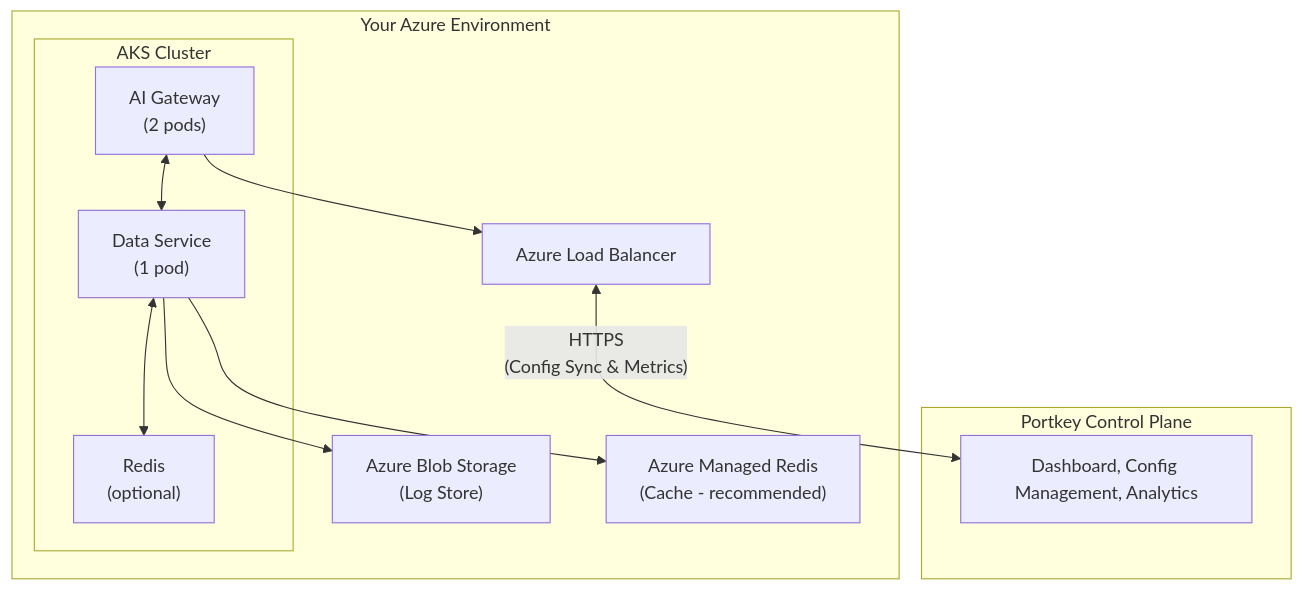
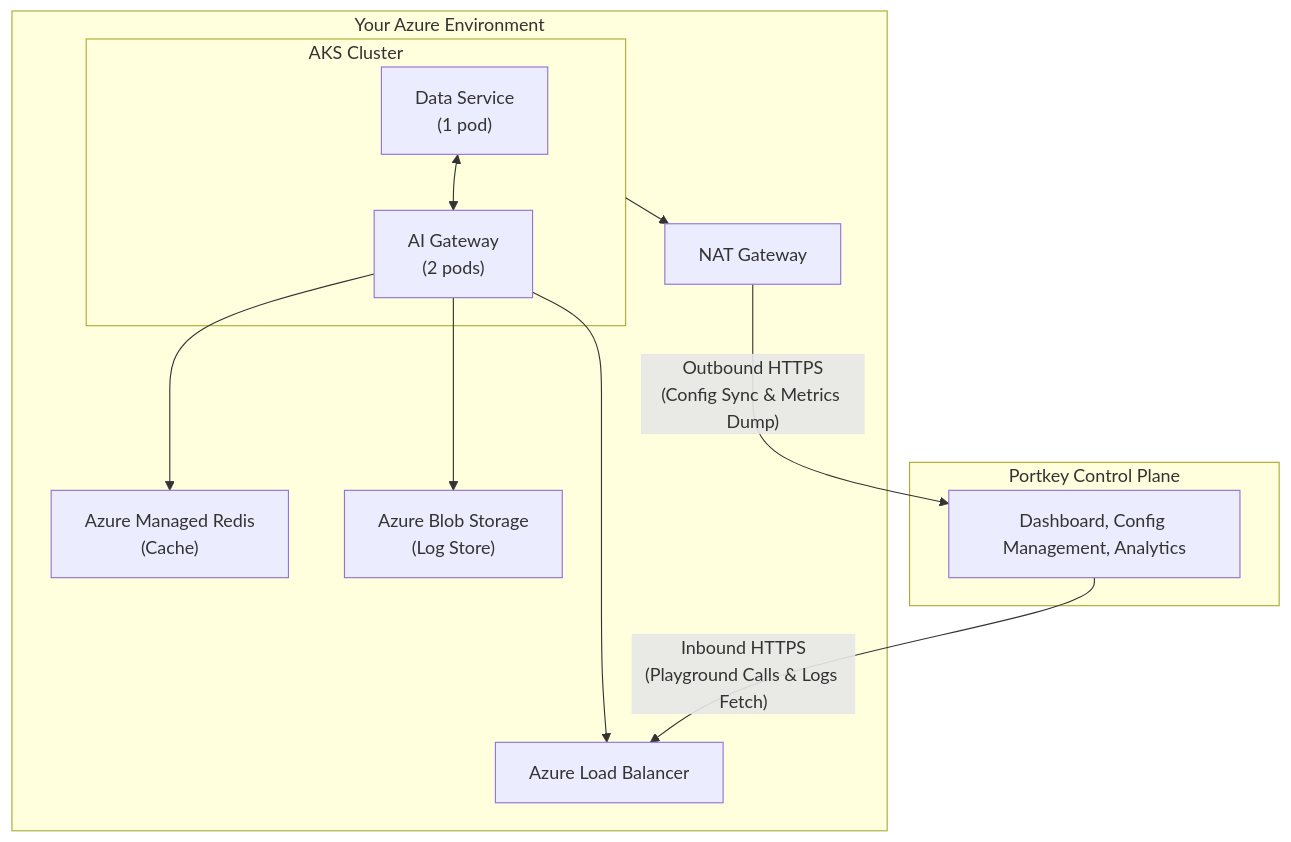
One commit to Portkey-AI/docs-core changed the first of 2 diagrams in enterprise/azure-deployment.mdx. Above: the diagram before and after it, drawn with Mermaid. The commit also changed other lines of this file and 1 other file, not shown here.

````diff
--- a/enterprise/azure-deployment.mdx
+++ b/enterprise/azure-deployment.mdx
@@ -23,26 +23,27 @@
 ```mermaid
 flowchart TB
     subgraph Azure["Your Azure Environment"]
         subgraph AKS["AKS Cluster"]
+            DataSvc["Data Service<br/>(1 pod)"]
             Gateway["AI Gateway<br/>(2 pods)"]
-            DataSvc["Data Service<br/>(1 pod)"]
-            RedisInt["Redis<br/>(optional)"]
-            Gateway <--> DataSvc
-            DataSvc <--> RedisInt
+            DataSvc <--> Gateway
         end
         
         LB["Azure Load Balancer"]
+        NAT["NAT Gateway"]
+        RedisExt["Azure Managed Redis<br/>(Cache)"]
         Blob["Azure Blob Storage<br/>(Log Store)"]
-        RedisExt["Azure Managed Redis<br/>(Cache - recommended)"]
         
         Gateway --> LB
-        DataSvc --> Blob
-        DataSvc --> RedisExt
+        Gateway --> RedisExt
+        Gateway --> Blob
+        AKS --> NAT
     end
     
     subgraph Portkey["Portkey Control Plane"]
         CP["Dashboard, Config Management, Analytics"]
     end
     
-    LB <-->|"HTTPS<br/>(Config Sync & Metrics)"| CP
+    NAT -->|"Outbound HTTPS<br/>(Config Sync & Metrics Dump)"| CP
+    CP -->|"Inbound HTTPS<br/>(Playground Calls & Logs Fetch)"| LB
 ```
````
